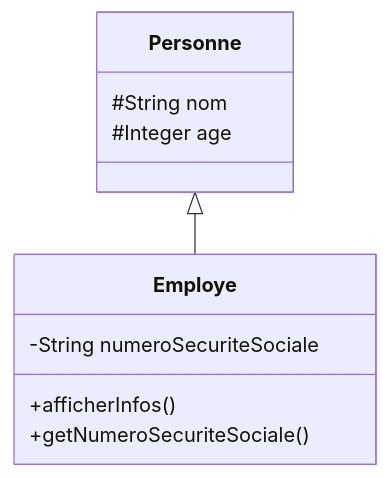
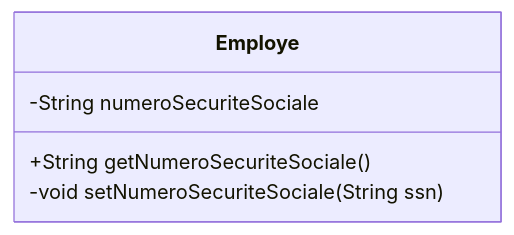
Before and after one commit to Mohammedazri/-DevoTeam---Training-POO----Design-Pattern: the third of 5 diagrams in README.md, drawn with Mermaid. The commit also changed other lines of this file, not shown here.

````diff
--- a/README.md
+++ b/README.md
@@ -118,13 +104,8 @@
 ```mermaid
 classDiagram
-    class Personne{
-        #String nom
-        #Integer age
-    }
     class Employe{
         -String numeroSecuriteSociale
-        +afficherInfos()
-        +getNumeroSecuriteSociale()
+        +String getNumeroSecuriteSociale()
+        -void setNumeroSecuriteSociale(String ssn)
     }
-    Personne <|-- Employe
 ```
````
